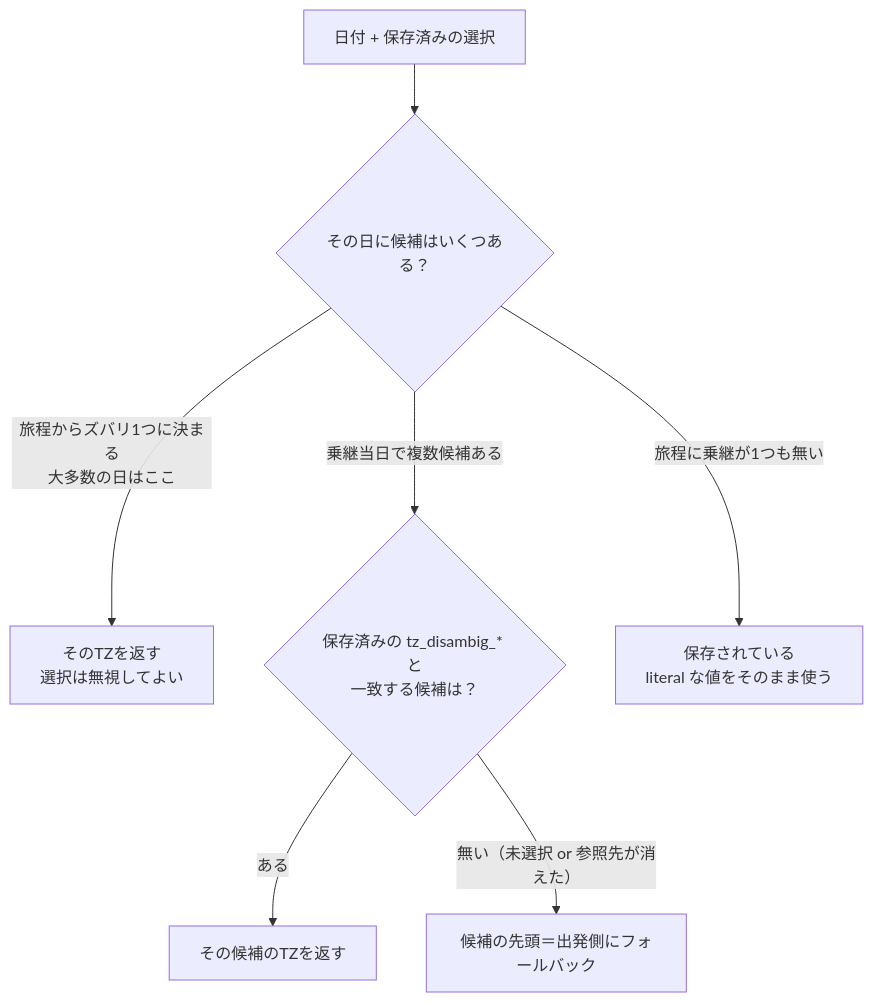
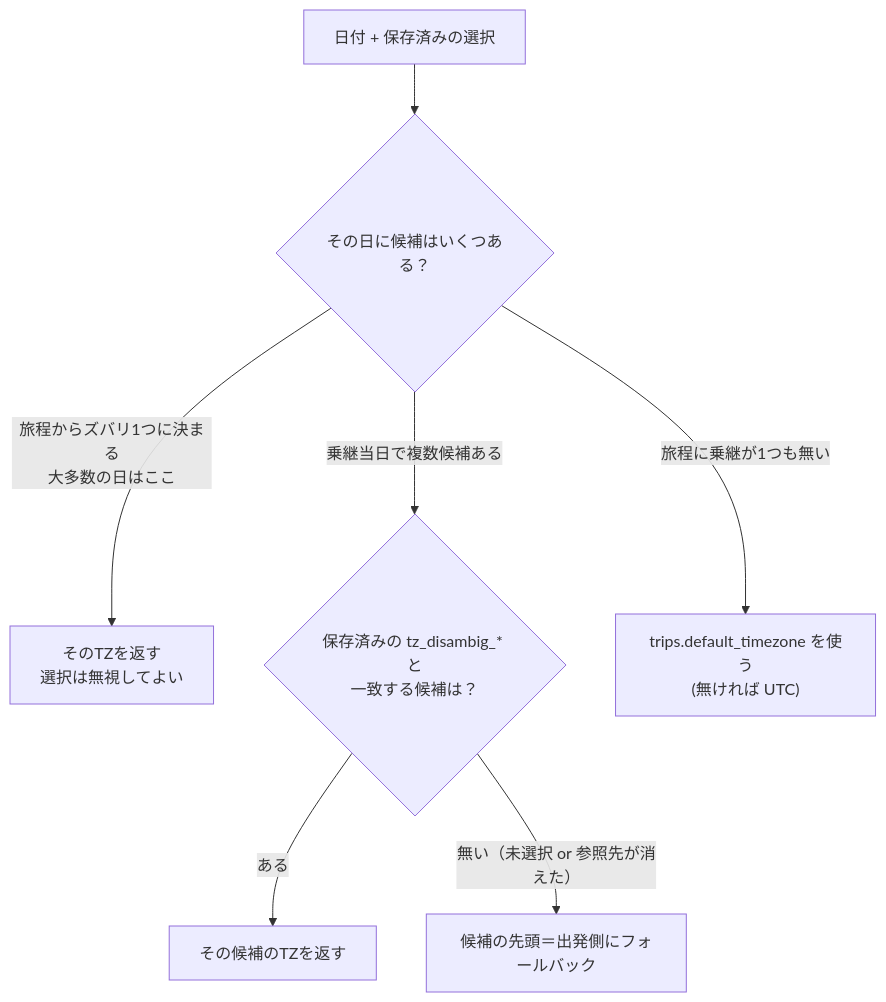
Before and after one commit to shidetake/triplot: the second of 5 diagrams in docs/design/timezone.md, drawn with Mermaid. The commit also changed other lines of this file and 11 other files, not shown here.

````diff
--- a/docs/design/timezone.md
+++ b/docs/design/timezone.md
@@ -45,9 +44,9 @@
 ```mermaid
 flowchart TD
     A["日付 + 保存済みの選択"] --> B{"その日に候補はいくつある？"}
     B -->|"旅程からズバリ1つに決まる<br/>大多数の日はここ"| C["そのTZを返す<br/>選択は無視してよい"]
     B -->|"乗継当日で複数候補ある"| D{"保存済みの tz_disambig_* と<br/>一致する候補は？"}
     D -->|"ある"| E["その候補のTZを返す"]
     D -->|"無い（未選択 or 参照先が消えた）"| F["候補の先頭＝出発側にフォールバック"]
-    B -->|"旅程に乗継が1つも無い"| G["保存されている<br/>literal な値をそのまま使う"]
+    B -->|"旅程に乗継が1つも無い"| G["trips.default_timezone を使う<br/>(無ければ UTC)"]
 ```
````
